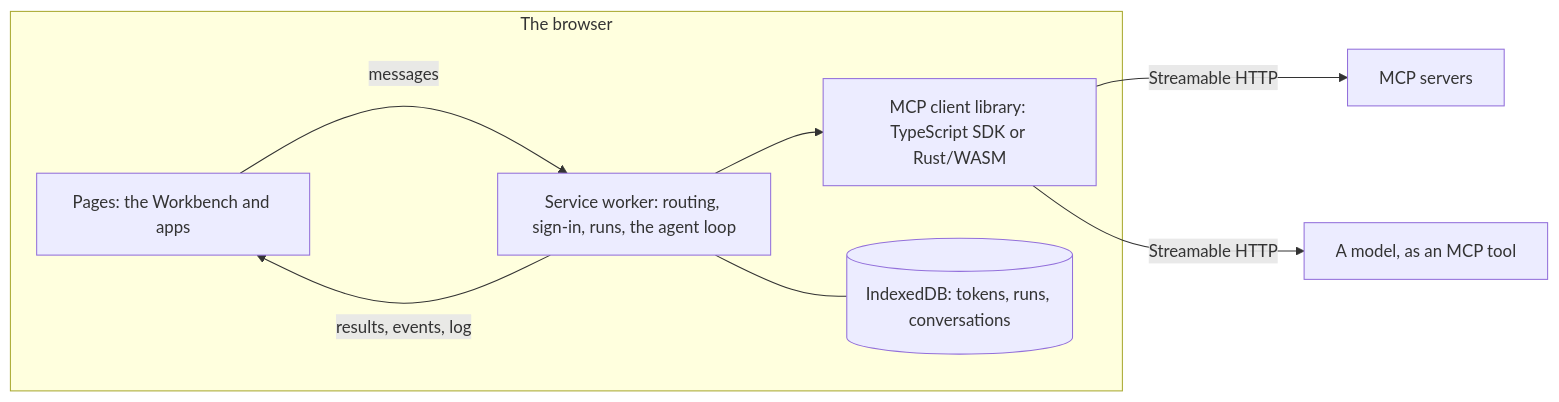
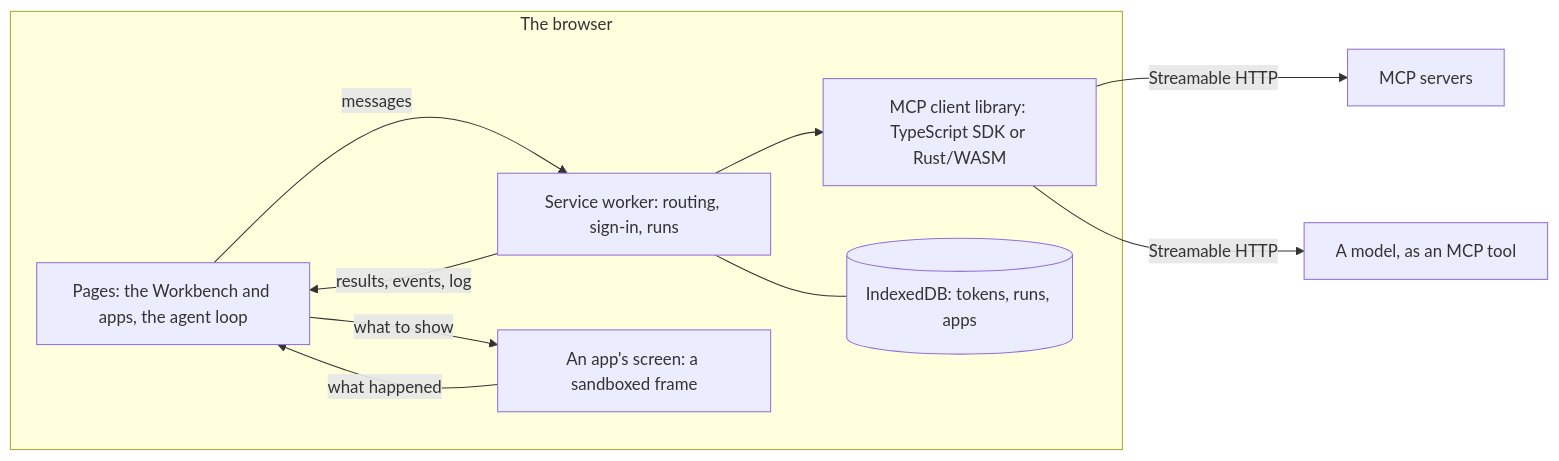
One commit to patrick-glean/mcp-browswer-client changed the diagram in README.md. Above: the diagram before and after it, drawn with Mermaid. The commit also changed other lines of this file and 73 other files, not shown here.

````diff
--- a/README.md
+++ b/README.md
@@ -172,15 +343,18 @@
 ```mermaid
 flowchart LR
     subgraph browser [The browser]
-        Page["Pages: the Workbench and apps"]
-        SW["Service worker: routing, sign-in, runs, the agent loop"]
+        Page["Pages: the Workbench and apps, the agent loop"]
+        SW["Service worker: routing, sign-in, runs"]
         Lib["MCP client library: TypeScript SDK or Rust/WASM"]
-        DB[("IndexedDB: tokens, runs, conversations")]
+        DB[("IndexedDB: tokens, runs, apps")]
+        Screen["An app's screen: a sandboxed frame"]
     end
+    Screen -- "what happened" --> Page
+    Page -- "what to show" --> Screen
     Page -- "messages" --> SW
     SW -- "results, events, log" --> Page
     SW --> Lib
     SW --- DB
     Lib -- "Streamable HTTP" --> Servers["MCP servers"]
     Lib -- "Streamable HTTP" --> Model["A model, as an MCP tool"]
 ```
````
